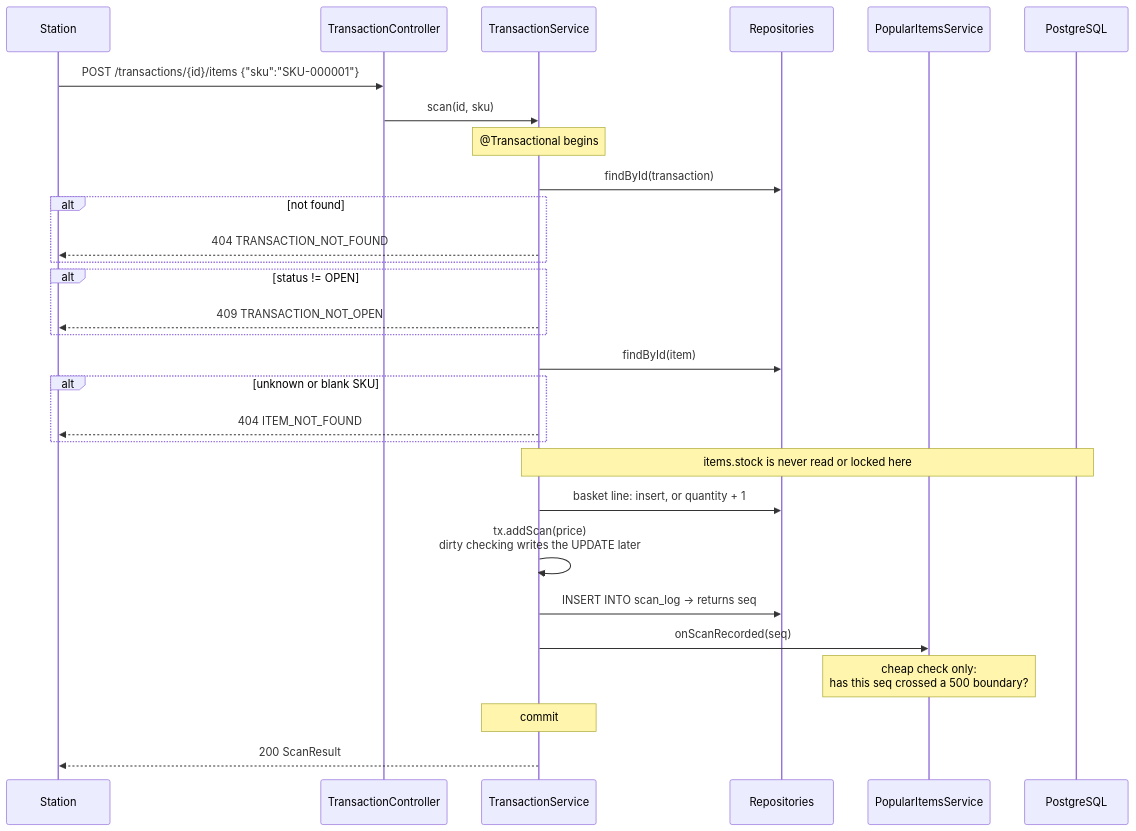
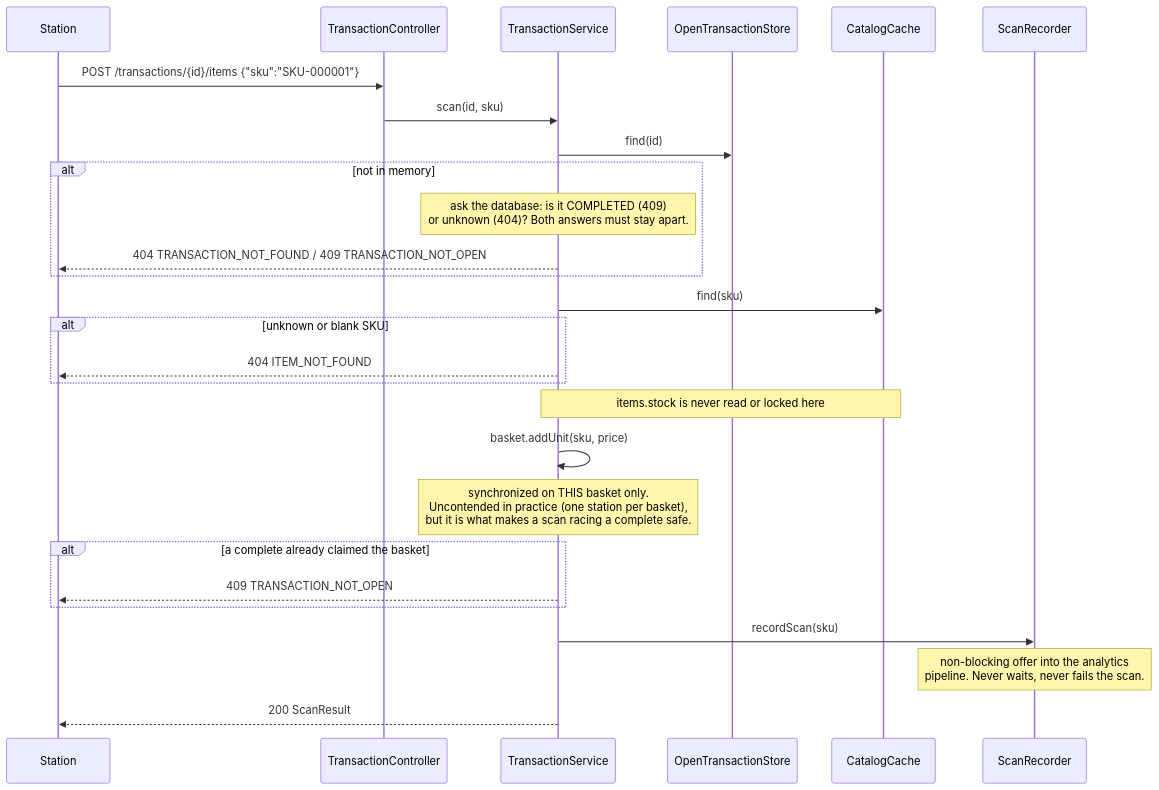
Before and after one commit to Vatsalya2003/self_checkout_system: the third of 8 diagrams in DEVELOPER_GUIDE.md, drawn with Mermaid. The commit also changed other lines of this file and 4 other files, not shown here.

Commit message:
Update docs for the in-memory baskets, batched pipeline and measured lock window

````diff
--- a/DEVELOPER_GUIDE.md
+++ b/DEVELOPER_GUIDE.md
@@ -203,34 +205,33 @@
 ```mermaid
 sequenceDiagram
     participant C as Station
     participant TC as TransactionController
     participant TS as TransactionService
-    participant R as Repositories
-    participant PS as PopularItemsService
-    participant DB as PostgreSQL
+    participant OTS as OpenTransactionStore
+    participant CC as CatalogCache
+    participant SR as ScanRecorder
 
     C->>TC: POST /transactions/{id}/items {"sku":"SKU-000001"}
     TC->>TS: scan(id, sku)
-    Note over TS: @Transactional begins
 
-    TS->>R: findById(transaction)
-    alt not found
-        TS-->>C: 404 TRANSACTION_NOT_FOUND
+    TS->>OTS: find(id)
+    alt not in memory
+        Note over TS: ask the database: is it COMPLETED (409)<br/>or unknown (404)? Both answers must stay apart.
+        TS-->>C: 404 TRANSACTION_NOT_FOUND / 409 TRANSACTION_NOT_OPEN
     end
-    alt status != OPEN
-        TS-->>C: 409 TRANSACTION_NOT_OPEN
-    end
-    TS->>R: findById(item)
+    TS->>CC: find(sku)
     alt unknown or blank SKU
         TS-->>C: 404 ITEM_NOT_FOUND
     end
 
-    Note over TS,DB: items.stock is never read or locked here
-    TS->>R: basket line: insert, or quantity + 1
-    TS->>TS: tx.addScan(price)<br/>dirty checking writes the UPDATE later
-    TS->>R: INSERT INTO scan_log → returns seq
-    TS->>PS: onScanRecorded(seq)
-    Note over PS: cheap check only:<br/>has this seq crossed a 500 boundary?
-    Note over TS: commit
+    Note over TS,CC: items.stock is never read or locked here
+    TS->>TS: basket.addUnit(sku, price)
+    Note over TS: synchronized on THIS basket only.<br/>Uncontended in practice (one station per basket),<br/>but it is what makes a scan racing a complete safe.
+    alt a complete already claimed the basket
+        TS-->>C: 409 TRANSACTION_NOT_OPEN
+    end
+
+    TS->>SR: recordScan(sku)
+    Note over SR: non-blocking offer into the analytics<br/>pipeline. Never waits, never fails the scan.
     TS-->>C: 200 ScanResult
 ```
````
